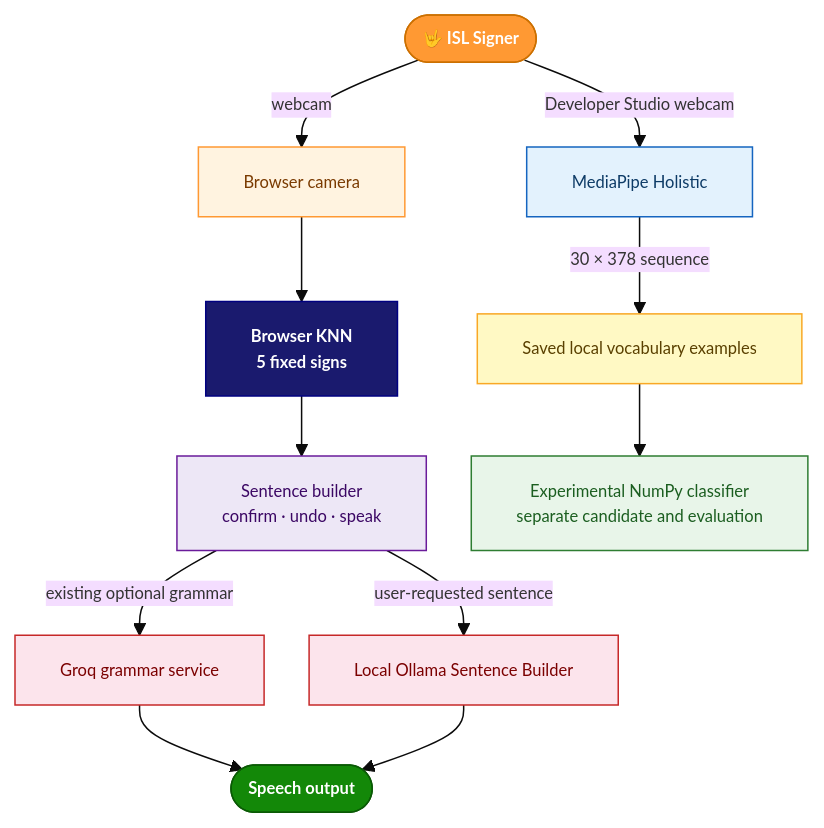
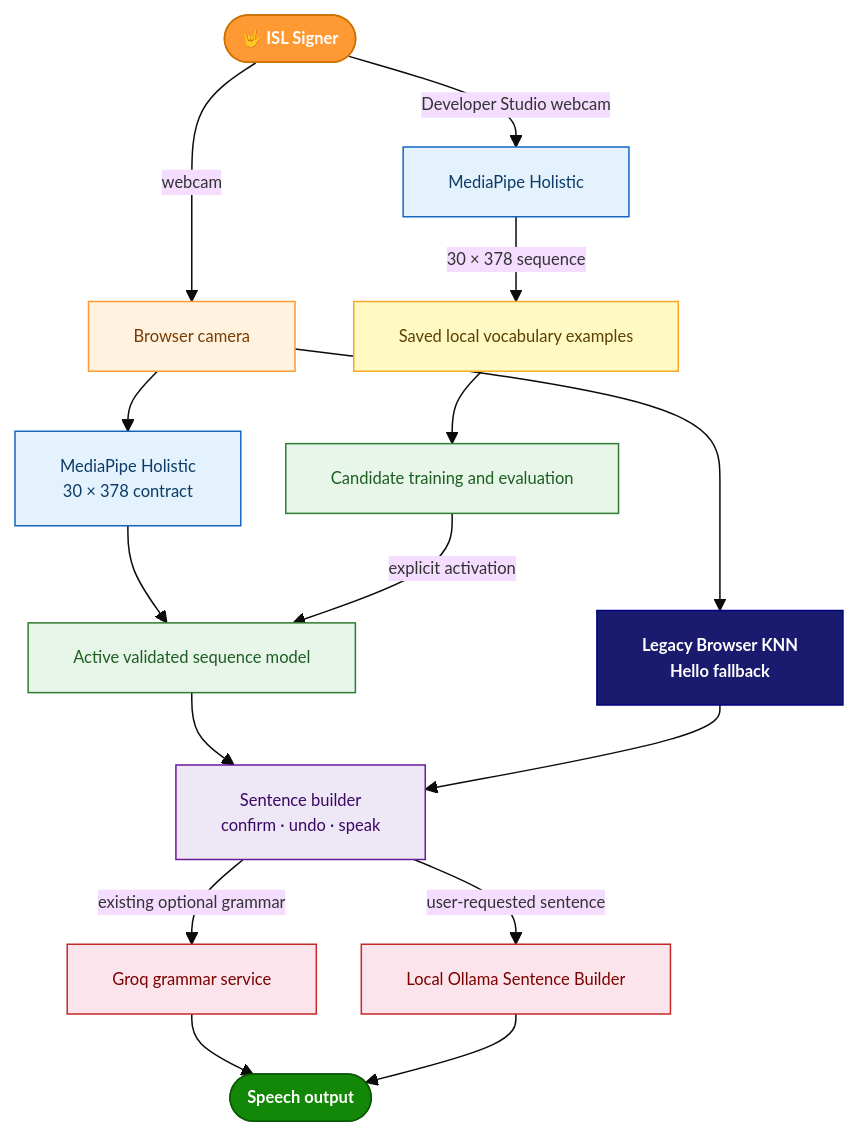
The diagram in Real-Time-Indic-Sign-Language-to-Speech-Translator/README.md (keleiiv/Sign_Language_Demo), drawn with Mermaid before and after one commit. The commit also changed other lines of this file and 21 other files, not shown here.

````diff
--- a/Real-Time-Indic-Sign-Language-to-Speech-Translator/README.md
+++ b/Real-Time-Indic-Sign-Language-to-Speech-Translator/README.md
@@ -22,24 +22,28 @@
 ```mermaid
 %%{init: {'theme': 'base', 'themeVariables': {'fontSize': '11px'}, 'flowchart': {'nodeSpacing': 30, 'rankSpacing': 40}}}%%
 graph TD
     A(["🤟 ISL Signer"]):::signer -->|webcam| B["Browser camera"]:::capture
-    B --> F["Browser KNN<br/>5 fixed signs"]:::model
-    F --> G["Sentence builder<br/>confirm · undo · speak"]:::vote
+    B --> F["MediaPipe Holistic<br/>30 × 378 contract"]:::mediapipe
+    F --> J["Active validated sequence model"]:::branch
+    B --> L["Legacy Browser KNN<br/>Hello fallback"]:::model
+    J --> G["Sentence builder<br/>confirm · undo · speak"]:::vote
+    L --> G
     G -->|existing optional grammar| H["Groq grammar service"]:::llm
     G -->|user-requested sentence| K["Local Ollama Sentence Builder"]:::llm
     H --> I(["Speech output"]):::speech
     K --> I
     A -->|Developer Studio webcam| C["MediaPipe Holistic"]:::mediapipe
     C -->|30 × 378 sequence| E["Saved local vocabulary examples"]:::feature
-    E --> J["Experimental NumPy classifier<br/>separate candidate and evaluation"]:::branch
+    E --> M["Candidate training and evaluation"]:::branch
+    M -->|explicit activation| J
 
     classDef signer   fill:#FF9933,stroke:#cc7000,color:#fff,font-weight:bold
     classDef capture  fill:#FFF3E0,stroke:#FF9933,color:#7a3a00
     classDef mediapipe fill:#E3F2FD,stroke:#1565C0,color:#0D3B66
     classDef branch   fill:#E8F5E9,stroke:#2E7D32,color:#1B5E20
     classDef feature  fill:#FFF9C4,stroke:#F9A825,color:#5a4000
     classDef model    fill:#1a1a6e,stroke:#000080,color:#ffffff,font-weight:bold
     classDef vote     fill:#EDE7F6,stroke:#6A1B9A,color:#3b0764
     classDef llm      fill:#FCE4EC,stroke:#C62828,color:#7b0000
     classDef speech   fill:#138808,stroke:#0a5a05,color:#ffffff,font-weight:bold
 ```
````
